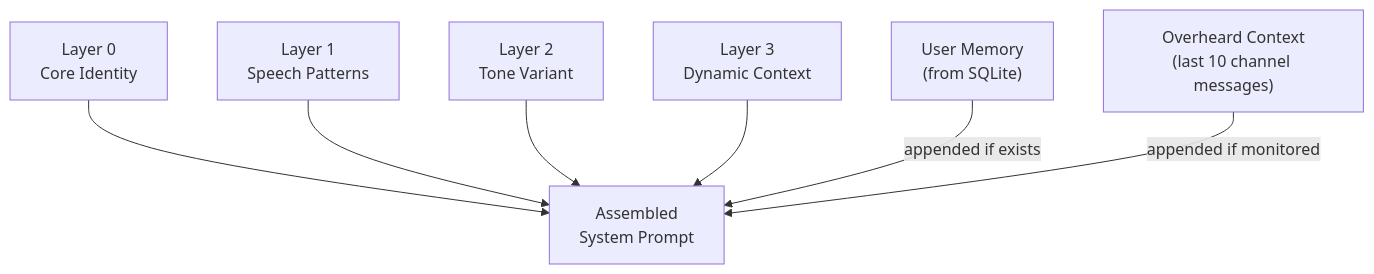
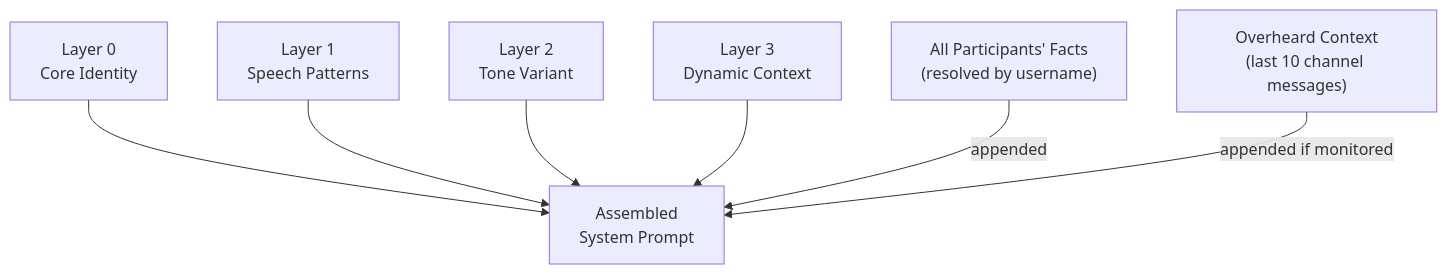
Before and after one commit to AlaskanTuna/rokabot: the fourth of 7 diagrams in README.md, drawn with Mermaid. The commit also changed other lines of this file, not shown here.

Commit message:
docs: update README diagrams for channel-aware features and trim feature list

````diff
--- a/README.md
+++ b/README.md
@@ -130,10 +123,10 @@
 ```mermaid
 flowchart TD
     L0["Layer 0\nCore Identity"] --> Combine
     L1["Layer 1\nSpeech Patterns"] --> Combine
     L2["Layer 2\nTone Variant"] --> Combine
     L3["Layer 3\nDynamic Context"] --> Combine
     Combine["Assembled\nSystem Prompt"]
-    UserFacts["User Memory\n(from SQLite)"] -->|appended if exists| Combine
+    UserFacts["All Participants' Facts\n(resolved by username)"] -->|appended| Combine
     Overheard["Overheard Context\n(last 10 channel messages)"] -->|appended if monitored| Combine
 ```
````
